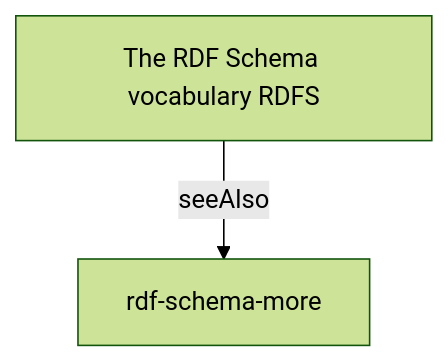
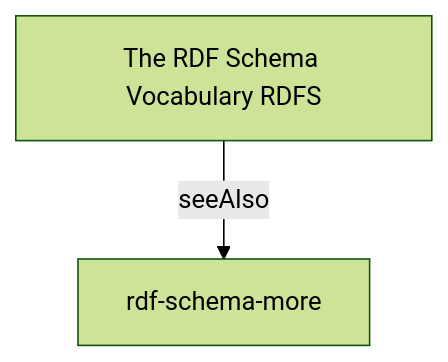
One commit to heidingaway/heidi2 changed the diagram in content/policy on service and digital/rdf_schema.md. Above: the diagram before and after it, drawn with Mermaid (forest theme). The commit also changed other lines of this file and 512 other files, not shown here.

````diff
--- a/content/policy on service and digital/rdf_schema.md
+++ b/content/policy on service and digital/rdf_schema.md
@@ -13,6 +19,6 @@
 ```mermaid
 graph TD
-  The_RDF_Schema_vocabulary_RDFS["The RDF Schema vocabulary RDFS"]:::current-page-node
+  The_RDF_Schema_Vocabulary_RDFS["The RDF Schema Vocabulary RDFS"]:::current-page-node
   rdf_schema_more["rdf-schema-more"]
-  The_RDF_Schema_vocabulary_RDFS-->|" seeAlso "|rdf_schema_more
+  The_RDF_Schema_Vocabulary_RDFS-->|" seeAlso "|rdf_schema_more
 ```
````
